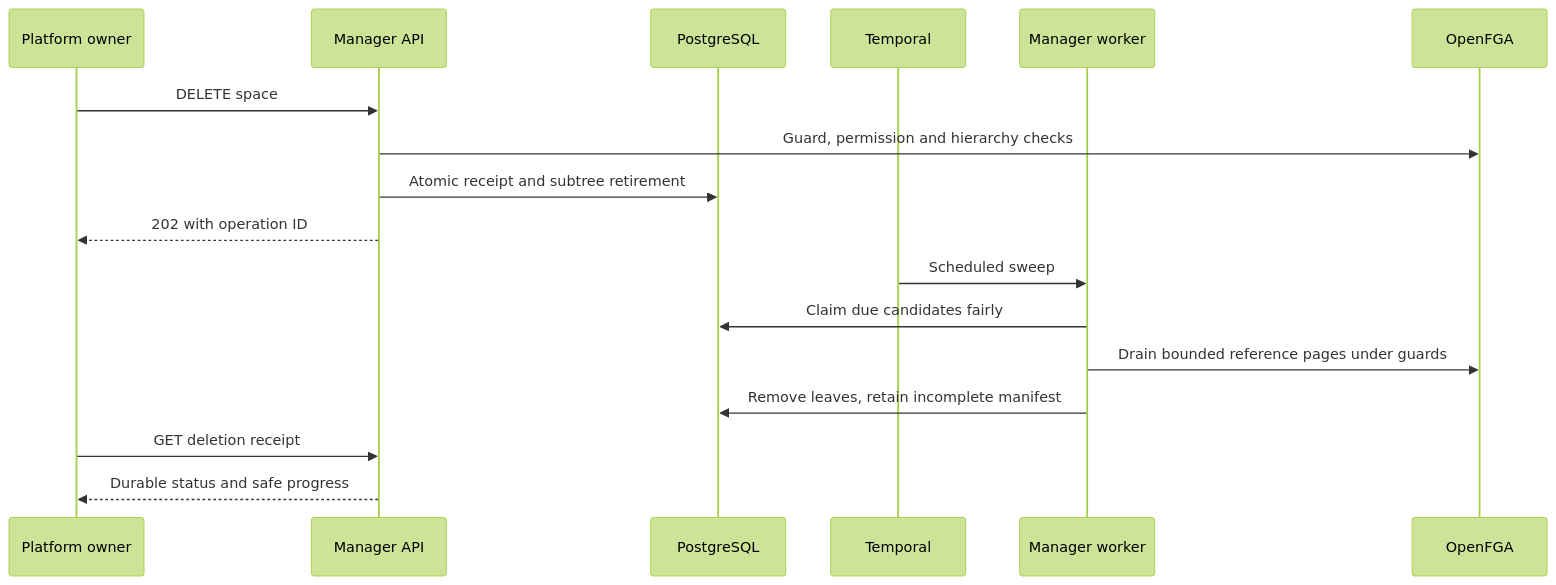
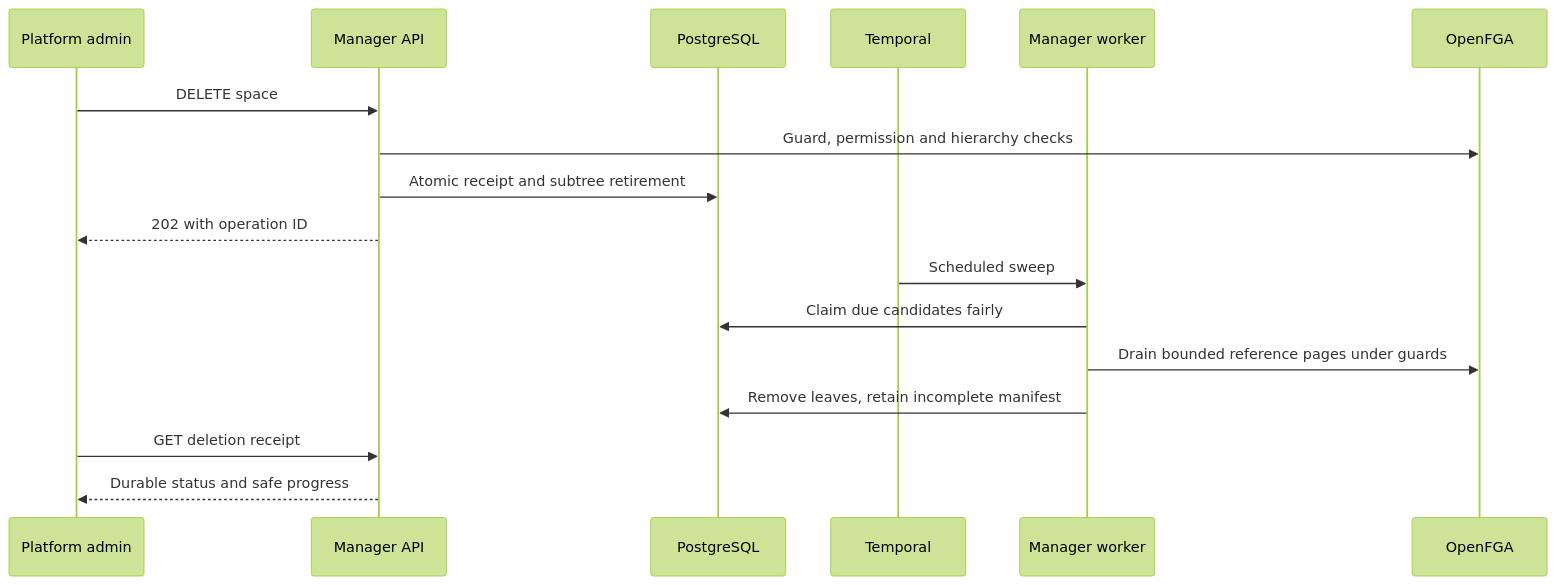
Before and after one commit to ThalesGroup/fred: the tenth of 11 diagrams in docs/architecture/A1-manager-runtime.md, drawn with Mermaid (forest theme). The commit also changed other lines of this file and 82 other files, not shown here.

````diff
--- a/docs/architecture/A1-manager-runtime.md
+++ b/docs/architecture/A1-manager-runtime.md
@@ -647,19 +646,19 @@
 ```mermaid
 sequenceDiagram
-    participant O as Platform owner
+    participant O as Platform admin
     participant A as Manager API
     participant SQL as PostgreSQL
     participant T as Temporal
     participant W as Manager worker
     participant FGA as OpenFGA
     O->>A: DELETE space
     A->>FGA: Guard, permission and hierarchy checks
     A->>SQL: Atomic receipt and subtree retirement
     A-->>O: 202 with operation ID
     T->>W: Scheduled sweep
     W->>SQL: Claim due candidates fairly
     W->>FGA: Drain bounded reference pages under guards
     W->>SQL: Remove leaves, retain incomplete manifest
     O->>A: GET deletion receipt
     A-->>O: Durable status and safe progress
 ```
````
